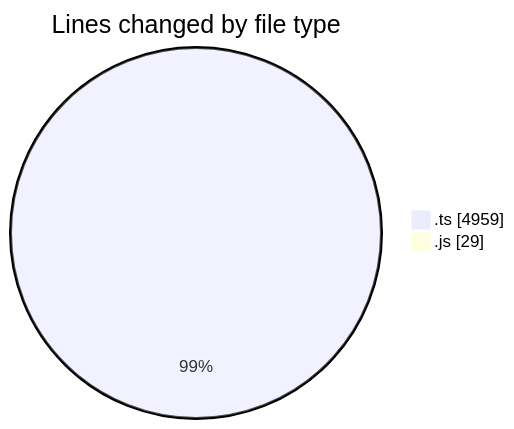
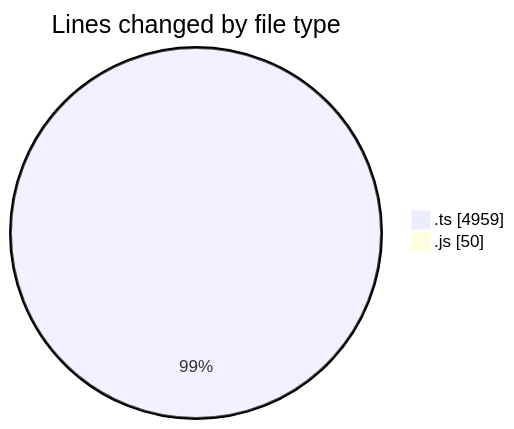
Before and after one commit to tmsrecording-cyber/code-tracking: the first of 2 diagrams in 2026-02-04/singularitybrainai/README.md, drawn with Mermaid. The commit also changed other lines of this file and 1 other file, not shown here.

````diff
--- a/2026-02-04/singularitybrainai/README.md
+++ b/2026-02-04/singularitybrainai/README.md
@@ -25,6 +26,6 @@
 ```mermaid
 pie showData
 title Lines changed by file type
 ".ts" : 4959
-".js" : 29
+".js" : 50
 ```
````
